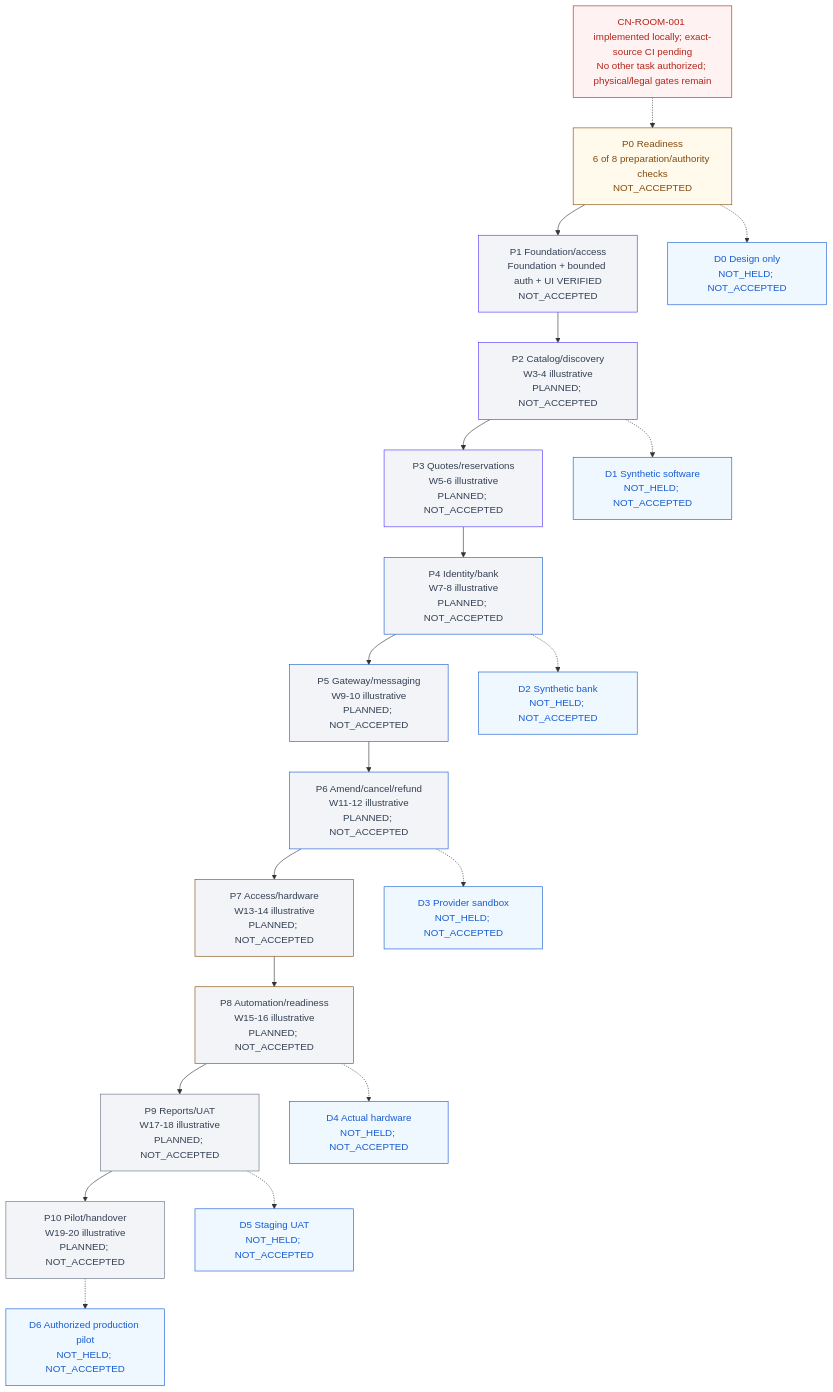
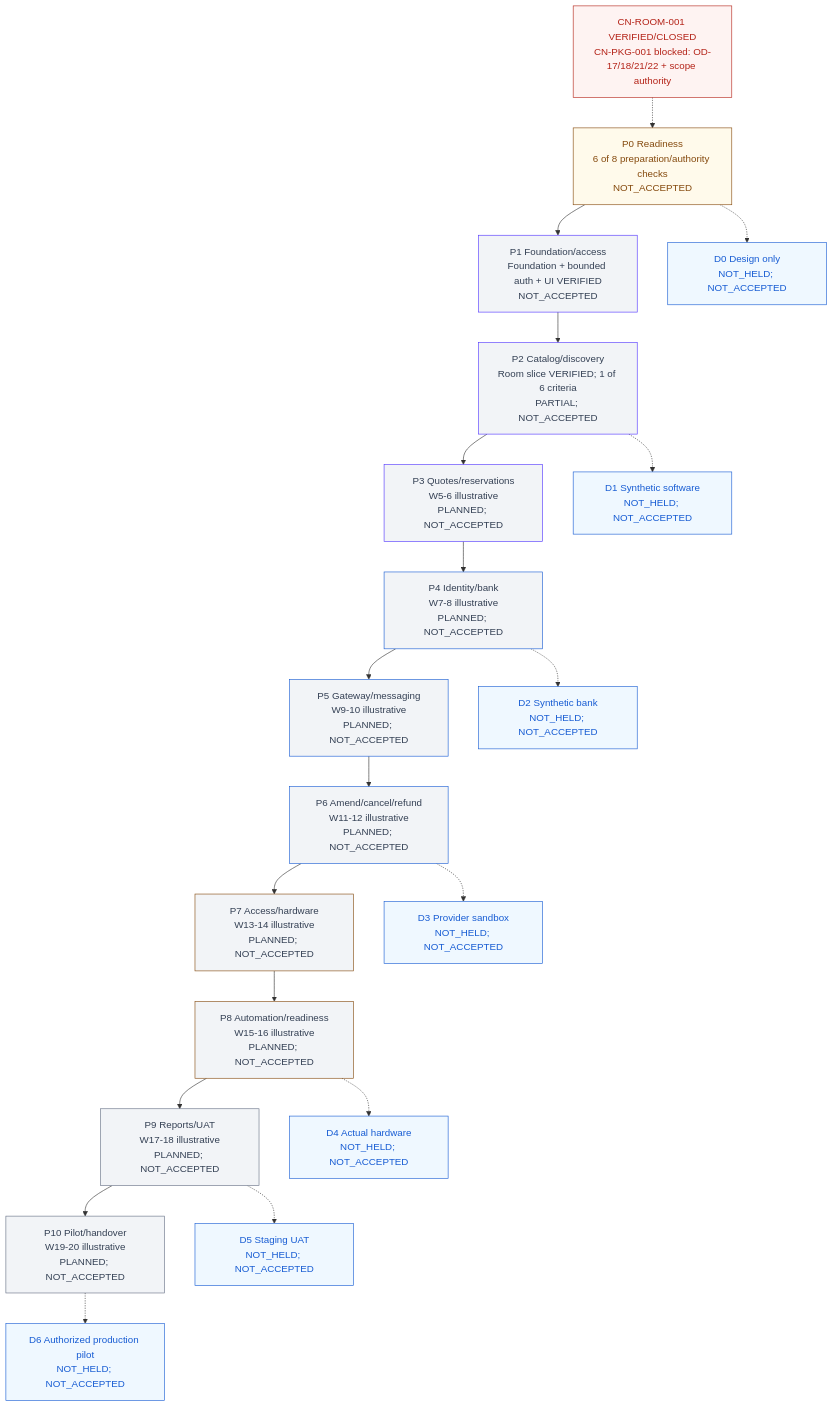
Before and after one commit to Hasitha3513/Theater-Project: the diagram in knowledge/PROGRESS.md, drawn with Mermaid. The commit also changed other lines of this file and 5 other files, not shown here.

Commit message:
docs(knowledge): close verified room slice and update P2 status

````diff
--- a/knowledge/PROGRESS.md
+++ b/knowledge/PROGRESS.md
@@ -292,45 +292,45 @@
 ```mermaid
 flowchart TB
-  G["CN-ROOM-001 implemented locally; exact-source CI pending<br/>No other task authorized; physical/legal gates remain"]
+  G["CN-ROOM-001 VERIFIED/CLOSED<br/>CN-PKG-001 blocked: OD-17/18/21/22 + scope authority"]
   P0["P0 Readiness<br/>6 of 8 preparation/authority checks<br/>NOT_ACCEPTED"]
   P1["P1 Foundation/access<br/>Foundation + bounded auth + UI VERIFIED<br/>NOT_ACCEPTED"]
-  P2["P2 Catalog/discovery<br/>W3-4 illustrative<br/>PLANNED; NOT_ACCEPTED"]
+  P2["P2 Catalog/discovery<br/>Room slice VERIFIED; 1 of 6 criteria<br/>PARTIAL; NOT_ACCEPTED"]
   P3["P3 Quotes/reservations<br/>W5-6 illustrative<br/>PLANNED; NOT_ACCEPTED"]
   P4["P4 Identity/bank<br/>W7-8 illustrative<br/>PLANNED; NOT_ACCEPTED"]
   P5["P5 Gateway/messaging<br/>W9-10 illustrative<br/>PLANNED; NOT_ACCEPTED"]
   P6["P6 Amend/cancel/refund<br/>W11-12 illustrative<br/>PLANNED; NOT_ACCEPTED"]
   P7["P7 Access/hardware<br/>W13-14 illustrative<br/>PLANNED; NOT_ACCEPTED"]
   P8["P8 Automation/readiness<br/>W15-16 illustrative<br/>PLANNED; NOT_ACCEPTED"]
   P9["P9 Reports/UAT<br/>W17-18 illustrative<br/>PLANNED; NOT_ACCEPTED"]
   P10["P10 Pilot/handover<br/>W19-20 illustrative<br/>PLANNED; NOT_ACCEPTED"]
   G -.-> P0
   P0 --> P1 --> P2 --> P3 --> P4 --> P5 --> P6 --> P7 --> P8 --> P9 --> P10
   D0["D0 Design only<br/>NOT_HELD; NOT_ACCEPTED"]
   D1["D1 Synthetic software<br/>NOT_HELD; NOT_ACCEPTED"]
   D2["D2 Synthetic bank<br/>NOT_HELD; NOT_ACCEPTED"]
   D3["D3 Provider sandbox<br/>NOT_HELD; NOT_ACCEPTED"]
   D4["D4 Actual hardware<br/>NOT_HELD; NOT_ACCEPTED"]
   D5["D5 Staging UAT<br/>NOT_HELD; NOT_ACCEPTED"]
   D6["D6 Authorized production pilot<br/>NOT_HELD; NOT_ACCEPTED"]
   P0 -.-> D0
   P2 -.-> D1
   P4 -.-> D2
   P6 -.-> D3
   P8 -.-> D4
   P9 -.-> D5
   P10 -.-> D6
   classDef readiness fill:#FFFAEB,color:#854A0E,stroke:#854A0E;
   classDef foundation fill:#F2F4F7,color:#344054,stroke:#5135FF;
   classDef financial fill:#F2F4F7,color:#344054,stroke:#175CD3;
   classDef physical fill:#F2F4F7,color:#344054,stroke:#854A0E;
   classDef release fill:#F2F4F7,color:#344054,stroke:#667085;
   classDef blocked fill:#FEF3F2,color:#B42318,stroke:#B42318;
   classDef demo fill:#EFF8FF,color:#175CD3,stroke:#175CD3;
   class P0 readiness;
   class P1,P2,P3 foundation;
   class P4,P5,P6 financial;
   class P7,P8 physical;
   class P9,P10 release;
   class G blocked;
   class D0,D1,D2,D3,D4,D5,D6 demo;
 ```
````
